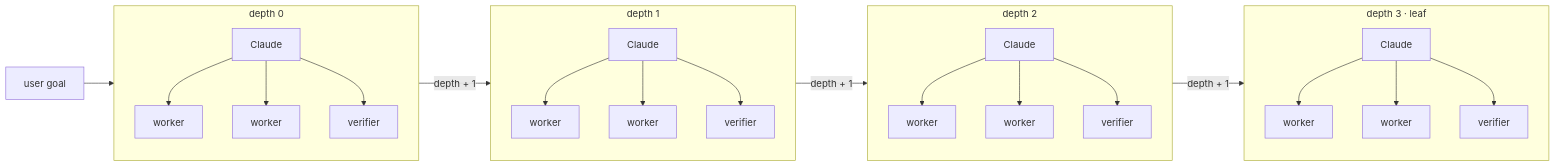
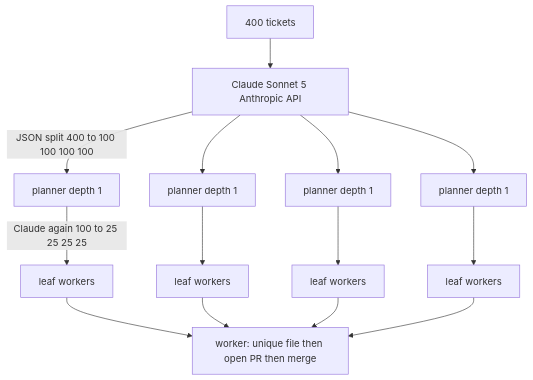
Before and after one commit to ranjan2829/Alpha-throttle-test: the diagram in README.md, drawn with Mermaid. The commit also changed other lines of this file, not shown here.

Commit message:
Restore the exact branched Claude split mermaid

````diff
--- a/README.md
+++ b/README.md
@@ -41,41 +30,16 @@
 ```mermaid
-flowchart LR
-  G[user goal]
-
-  subgraph D0["depth 0"]
-    direction TB
-    P0[Claude]
-    P0 --> W0[worker]
-    P0 --> W0b[worker]
-    P0 --> V0[verifier]
-  end
-
-  subgraph D1["depth 1"]
-    direction TB
-    P1[Claude]
-    P1 --> W1[worker]
-    P1 --> W1b[worker]
-    P1 --> V1[verifier]
-  end
-
-  subgraph D2["depth 2"]
-    direction TB
-    P2[Claude]
-    P2 --> W2[worker]
-    P2 --> W2b[worker]
-    P2 --> V2[verifier]
-  end
-
-  subgraph D3["depth 3 · leaf"]
-    direction TB
-    P3[Claude]
-    P3 --> W3[worker]
-    P3 --> W3b[worker]
-    P3 --> V3[verifier]
-  end
-
-  G --> P0
-  P0 -->|depth + 1| P1
-  P1 -->|depth + 1| P2
-  P2 -->|depth + 1| P3
+flowchart TD
+  T[400 tickets] --> C[Claude Sonnet 5 Anthropic API]
+  C -->|JSON split 400 to 100 100 100 100| P1[planner depth 1]
+  C --> P2[planner depth 1]
+  C --> P3[planner depth 1]
+  C --> P4[planner depth 1]
+  P1 -->|Claude again 100 to 25 25 25 25| L1[leaf workers]
+  P2 --> L2[leaf workers]
+  P3 --> L3[leaf workers]
+  P4 --> L4[leaf workers]
+  L1 --> W[worker: unique file then open PR then merge]
+  L2 --> W
+  L3 --> W
+  L4 --> W
 ```
````
